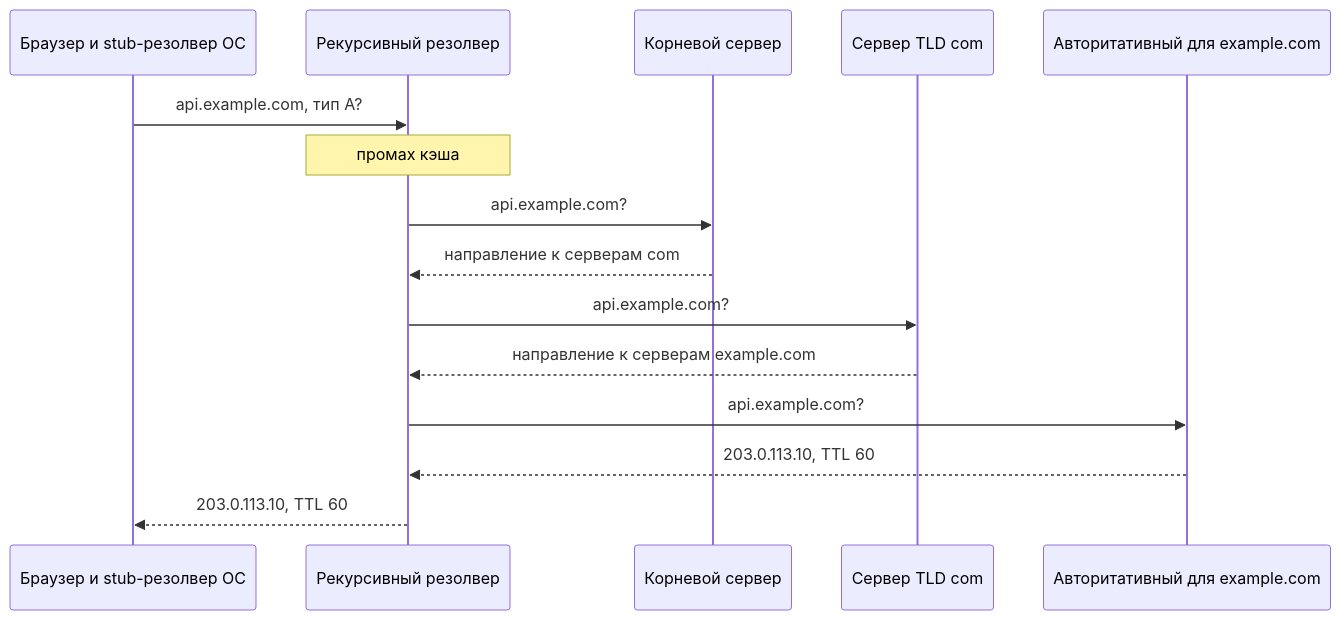
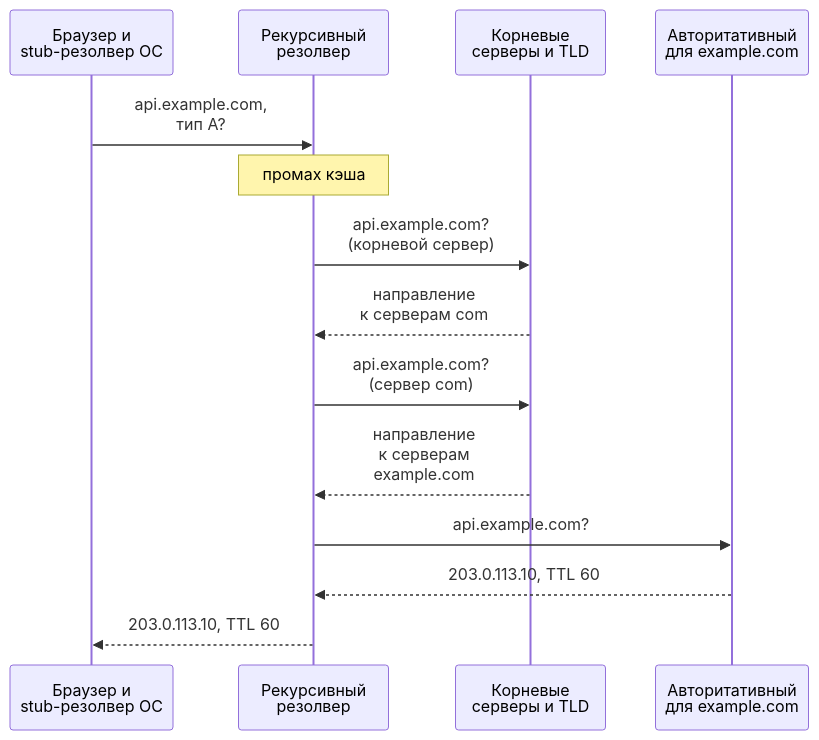
The first of 2 diagrams in src/content/docs/ru/traffic/dns.mdx (butyavk/system-design), drawn with Mermaid before and after one commit. The commit also changed other lines of this file and 144 other files, not shown here.

````diff
--- a/src/content/docs/ru/traffic/dns.mdx
+++ b/src/content/docs/ru/traffic/dns.mdx
@@ -28,17 +28,16 @@
 ```mermaid
 sequenceDiagram
-  participant B as Браузер и stub-резолвер ОС
-  participant R as Рекурсивный резолвер
-  participant Root as Корневой сервер
-  participant T as Сервер TLD com
-  participant A as Авторитативный для example.com
-  B->>R: api.example.com, тип A?
+  participant B as Браузер и<br/>stub-резолвер ОС
+  participant R as Рекурсивный<br/>резолвер
+  participant N as Корневые<br/>серверы и TLD
+  participant A as Авторитативный<br/>для example.com
+  B->>R: api.example.com,<br/>тип A?
   Note over R: промах кэша
-  R->>Root: api.example.com?
-  Root-->>R: направление к серверам com
-  R->>T: api.example.com?
-  T-->>R: направление к серверам example.com
+  R->>N: api.example.com?<br/>(корневой сервер)
+  N-->>R: направление<br/>к серверам com
+  R->>N: api.example.com?<br/>(сервер com)
+  N-->>R: направление<br/>к серверам<br/>example.com
   R->>A: api.example.com?
   A-->>R: 203.0.113.10, TTL 60
   R-->>B: 203.0.113.10, TTL 60
 ```
````
